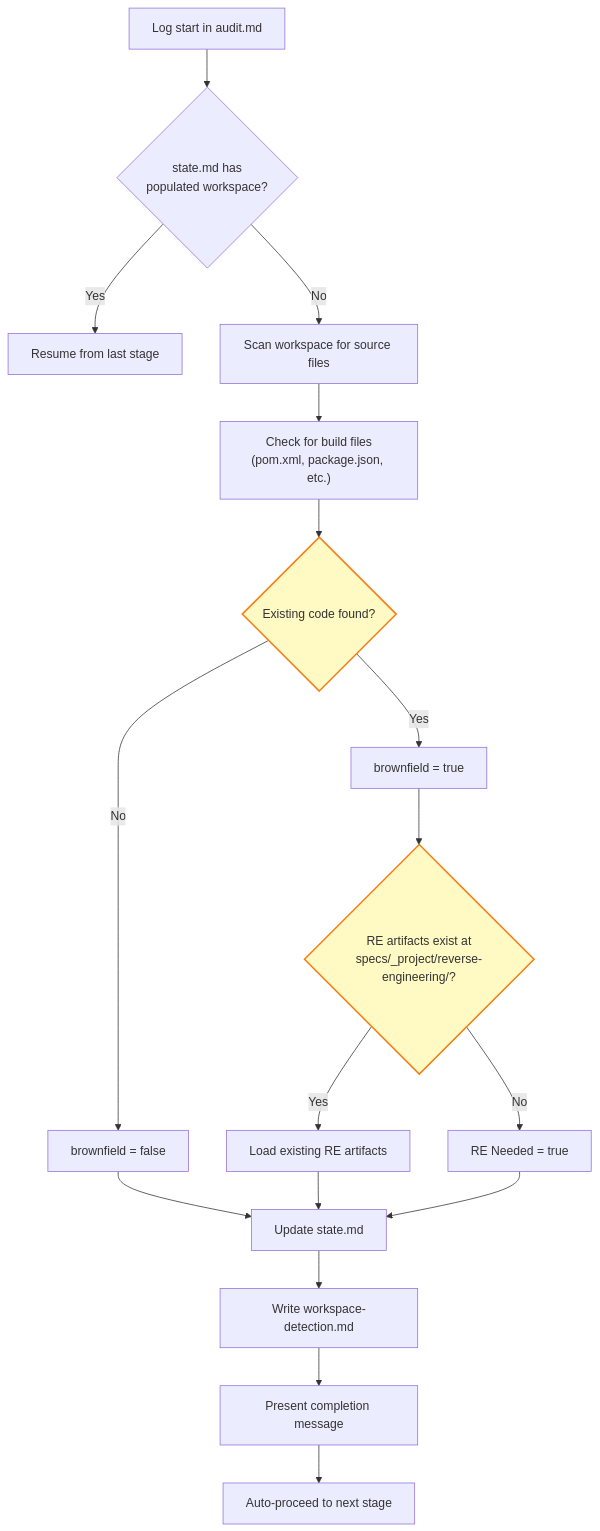
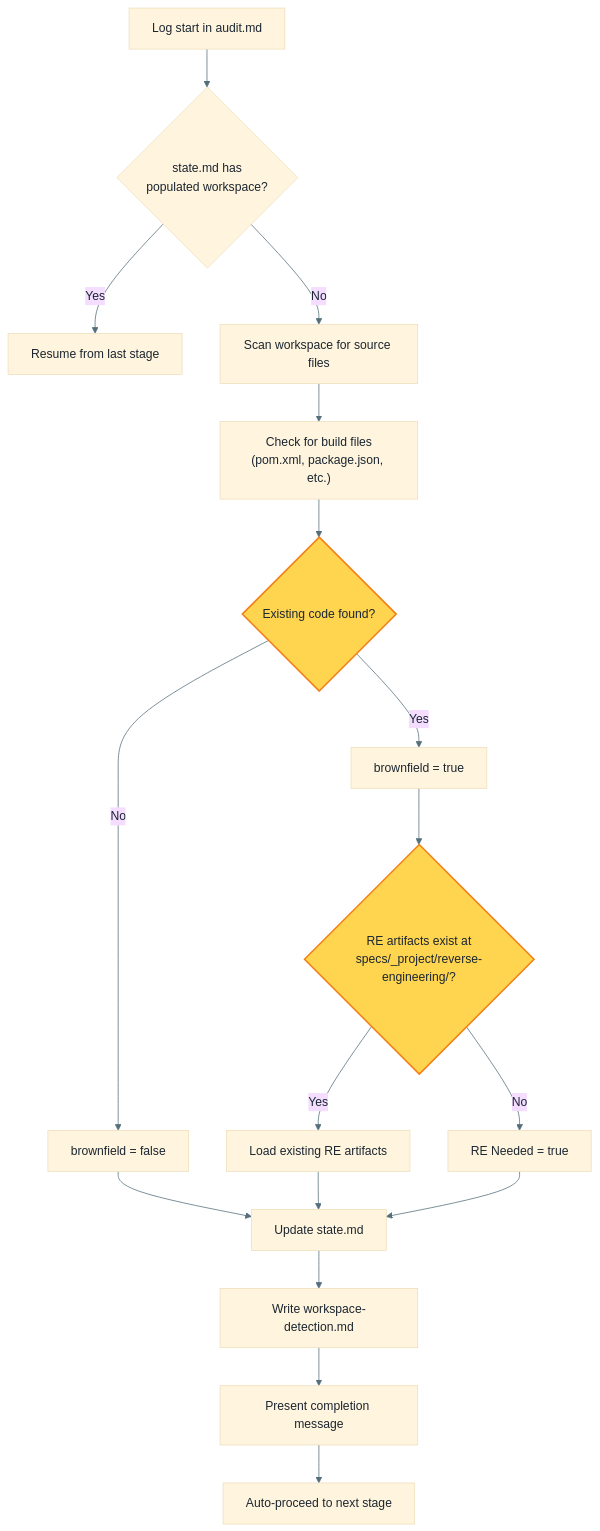
One commit to premkumarjanagarajan/fluid-flow-ai changed the sixth of 26 diagrams in docs/WORKFLOW-FULL-DETAILED.md. Above: the diagram before and after it, drawn with Mermaid. The commit also changed other lines of this file, not shown here.

First line of the commit message:
Fix mermaid diagram colors for dark/light theme compatibility

````diff
--- a/docs/WORKFLOW-FULL-DETAILED.md
+++ b/docs/WORKFLOW-FULL-DETAILED.md
@@ -283,22 +298,23 @@
 ```mermaid
+%%{init: {'theme': 'base', 'themeVariables': {'primaryTextColor': '#1B2631', 'lineColor': '#546E7A', 'textColor': '#1B2631'}}}%%
 flowchart TD
     A["Log start in audit.md"] --> B{"state.md has<br/>populated workspace?"}
     B -->|Yes| C["Resume from last stage"]
     B -->|No| D["Scan workspace for source files"]
     D --> E["Check for build files<br/>(pom.xml, package.json, etc.)"]
     E --> F{"Existing code found?"}
     F -->|Yes| G["brownfield = true"]
     F -->|No| H["brownfield = false"]
     G --> I{"RE artifacts exist at<br/>specs/_project/reverse-engineering/?"}
     I -->|Yes| J["Load existing RE artifacts"]
     I -->|No| K["RE Needed = true"]
     H --> L["Update state.md"]
     J --> L
     K --> L
     L --> M["Write workspace-detection.md"]
     M --> N["Present completion message"]
     N --> O["Auto-proceed to next stage"]
 
-    style F fill:#FFF9C4,stroke:#F57F17,stroke-width:2px
-    style I fill:#FFF9C4,stroke:#F57F17,stroke-width:2px
+    style F fill:#FFD54F,stroke:#F57F17,stroke-width:2px
+    style I fill:#FFD54F,stroke:#F57F17,stroke-width:2px
 ```
````
